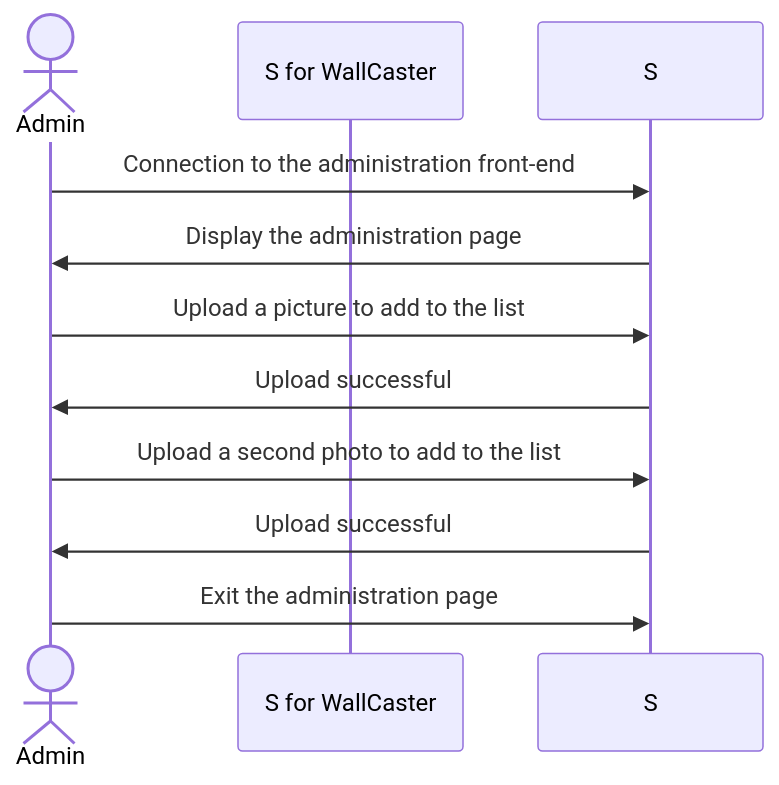
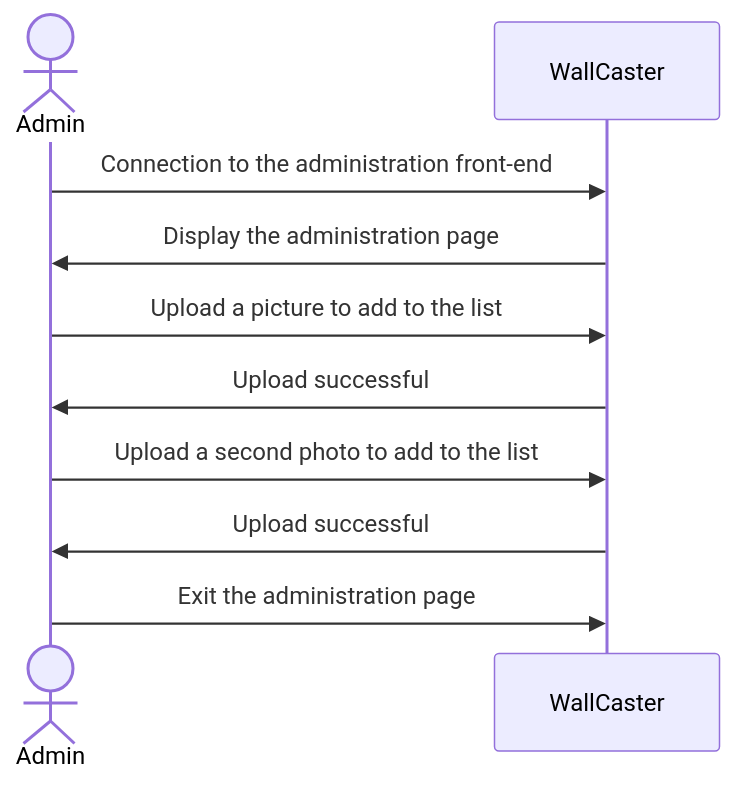
Before and after one commit to WallCaster/WallCaster: the first of 13 diagrams in doc/analisis-report.md, drawn with Mermaid.

Commit message:
update DiagramScenario

````diff
--- a/doc/analisis-report.md
+++ b/doc/analisis-report.md
@@ -75,12 +75,12 @@
 ```mermaid
 sequenceDiagram
   actor Admin 
-  participant S for WallCaster
+  participant S as WallCaster
   Admin ->> S : Connection to the administration front-end
   S ->> Admin : Display the administration page
   Admin ->> S : Upload a picture to add to the list
   S ->> Admin : Upload successful
   Admin ->> S : Upload a second photo to add to the list
   S ->> Admin : Upload successful
   Admin ->> S : Exit the administration page
 ```
````
